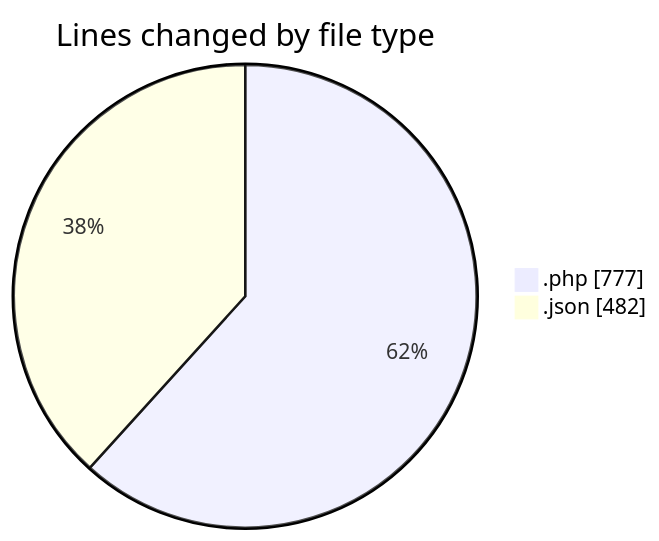
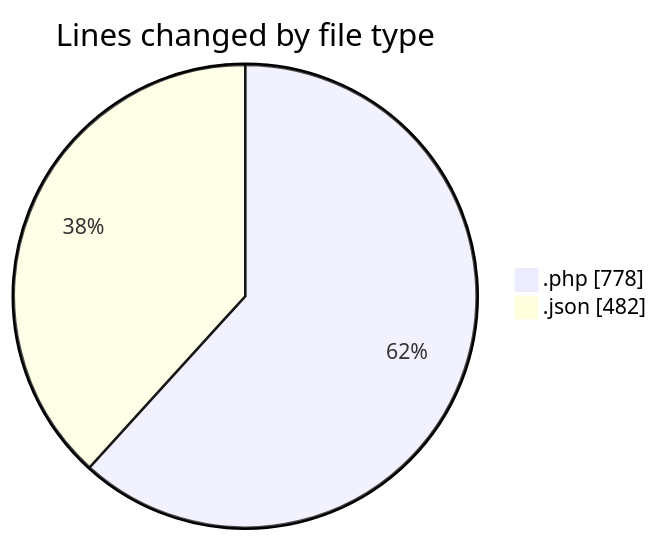
The first of 2 diagrams in 2025-03-30/autodidak/README.md (idhammustaqopulfikri/code-tracking), drawn with Mermaid before and after one commit. The commit also changed other lines of this file and 1 other file, not shown here.

````diff
--- a/2025-03-30/autodidak/README.md
+++ b/2025-03-30/autodidak/README.md
@@ -28,6 +28,6 @@
 ```mermaid
 pie showData
 title Lines changed by file type
-".php" : 777
+".php" : 778
 ".json" : 482
 ```
````
